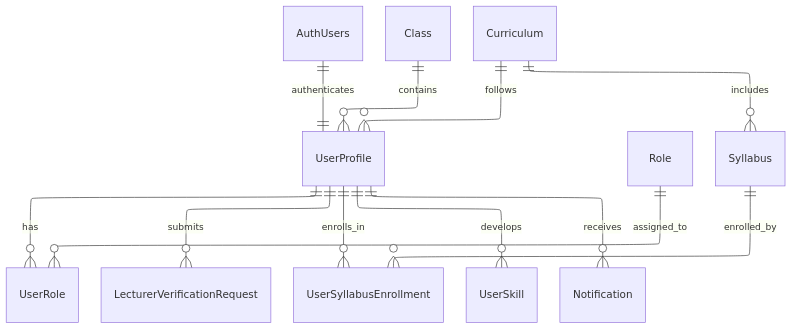
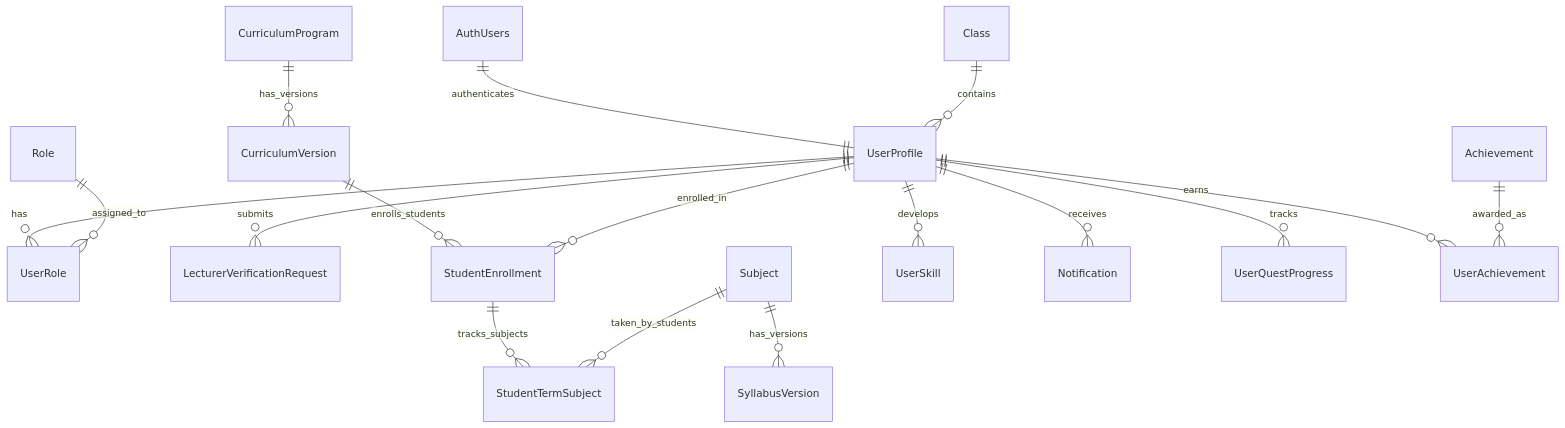
One commit to FA25SE050-RogueLearn/RogueLearn.BMAD.Documentation changed the diagram in mermaid-diagrams/erd/user-service-erd.md. Above: the diagram before and after it, drawn with Mermaid. The commit also changed other lines of this file and 7 other files, not shown here.

Commit message:
feat: update database schema for Quests and User academic related tables

````diff
--- a/mermaid-diagrams/erd/user-service-erd.md
+++ b/mermaid-diagrams/erd/user-service-erd.md
@@ -5,18 +5,24 @@
 ```mermaid
----
-config:
-  layout: elk
----
 erDiagram
+    %% Authentication & Core User Management
     AuthUsers ||--|| UserProfile : authenticates
     UserProfile ||--o{ UserRole : has
     Role ||--o{ UserRole : assigned_to
     UserProfile ||--o{ LecturerVerificationRequest : submits
     "Class" ||--o{ UserProfile : contains
-    Curriculum ||--o{ UserProfile : follows
-    Curriculum ||--o{ Syllabus : includes
-    UserProfile ||--o{ UserSyllabusEnrollment : enrolls_in
-    Syllabus ||--o{ UserSyllabusEnrollment : enrolled_by
+    
+    %% Enhanced Curriculum & Student Tracking
+    CurriculumProgram ||--o{ CurriculumVersion : has_versions
+    CurriculumVersion ||--o{ StudentEnrollment : enrolls_students
+    UserProfile ||--o{ StudentEnrollment : enrolled_in
+    StudentEnrollment ||--o{ StudentTermSubject : tracks_subjects
+    Subject ||--o{ StudentTermSubject : taken_by_students
+    Subject ||--o{ SyllabusVersion : has_versions
+    
+    %% User Progression & Achievements
     UserProfile ||--o{ UserSkill : develops
     UserProfile ||--o{ Notification : receives
+    UserProfile ||--o{ UserQuestProgress : tracks
+    UserProfile ||--o{ UserAchievement : earns
+    Achievement ||--o{ UserAchievement : awarded_as
 ```
````
